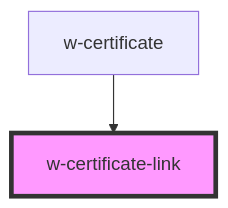
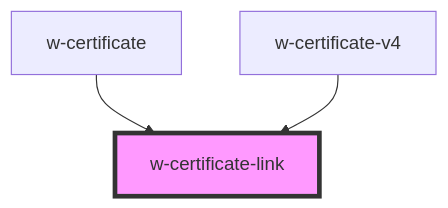
One commit to wordproof/ui changed the diagram in src/components/w-certificate-link/readme.md. Above: the diagram before and after it, drawn with Mermaid. The commit also changed other lines of this file and 11 other files, not shown here.

````diff
--- a/src/components/w-certificate-link/readme.md
+++ b/src/components/w-certificate-link/readme.md
@@ -22,5 +23,6 @@
 ```mermaid
 graph TD;
   w-certificate --> w-certificate-link
+  w-certificate-v4 --> w-certificate-link
   style w-certificate-link fill:#f9f,stroke:#333,stroke-width:4px
 ```
````
